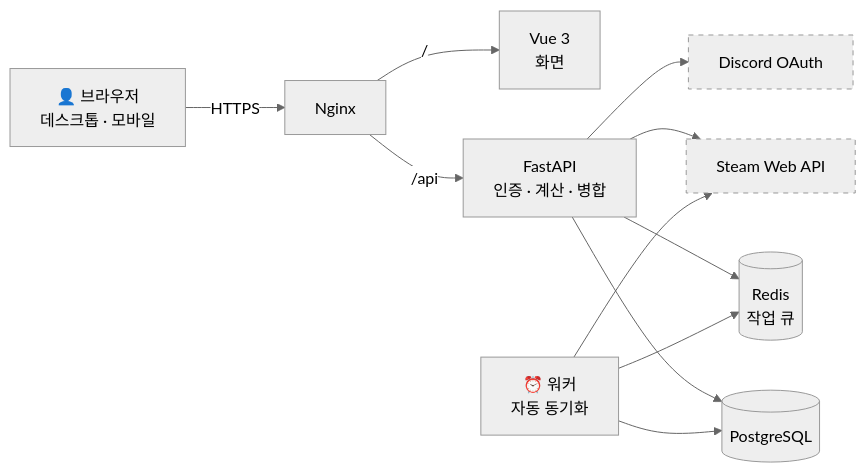
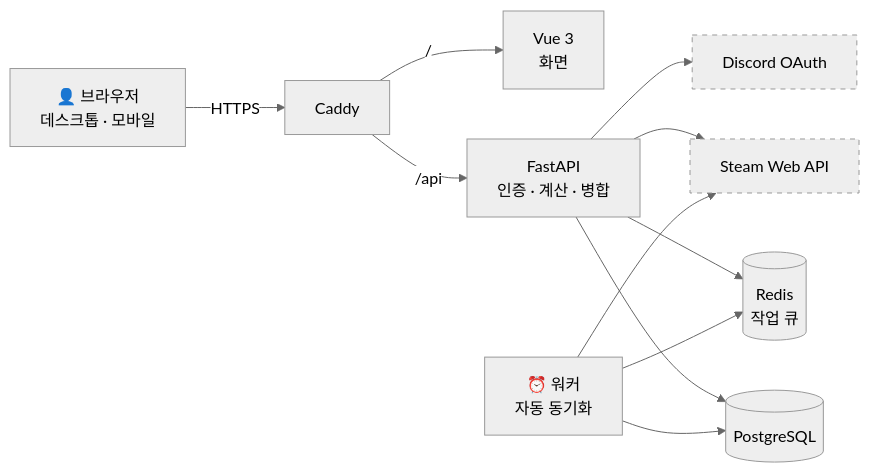
The second of 3 diagrams in README.md (sagming40/PlayLedger), drawn with Mermaid (neutral theme) before and after one commit. The commit also changed other lines of this file and 11 other files, not shown here.

````diff
--- a/README.md
+++ b/README.md
@@ -102,16 +100,16 @@
 ```mermaid
 flowchart LR
-    User["👤 브라우저<br/>데스크톱 · 모바일"] -->|"HTTPS"| Nginx["Nginx"]
-    Nginx -->|"/"| Web["Vue 3<br/>화면"]
-    Nginx -->|"/api"| API["FastAPI<br/>인증 · 계산 · 병합"]
+    User["👤 브라우저<br/>데스크톱 · 모바일"] -->|"HTTPS"| Caddy["Caddy"]
+    Caddy -->|"/"| Web["Vue 3<br/>화면"]
+    Caddy -->|"/api"| API["FastAPI<br/>인증 · 계산 · 병합"]
     API --> DB[("PostgreSQL")]
     API --> Redis[("Redis<br/>작업 큐")]
     Worker["⏰ 워커<br/>자동 동기화"] --> Redis
     Worker --> DB
     API --> Steam["Steam Web API"]
     Worker --> Steam
     API --> Discord["Discord OAuth"]
 
     classDef ext stroke-dasharray: 5 5
     class Steam,Discord ext
 ```
````
